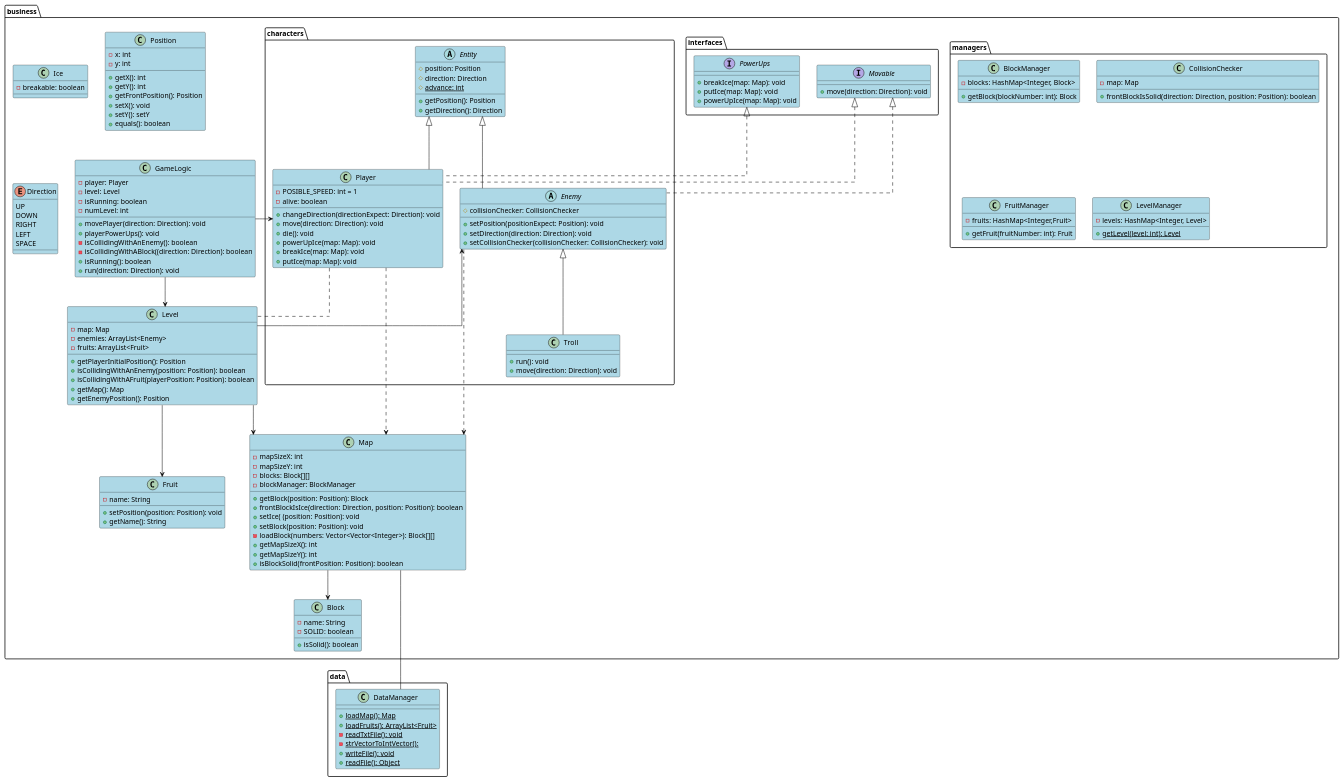
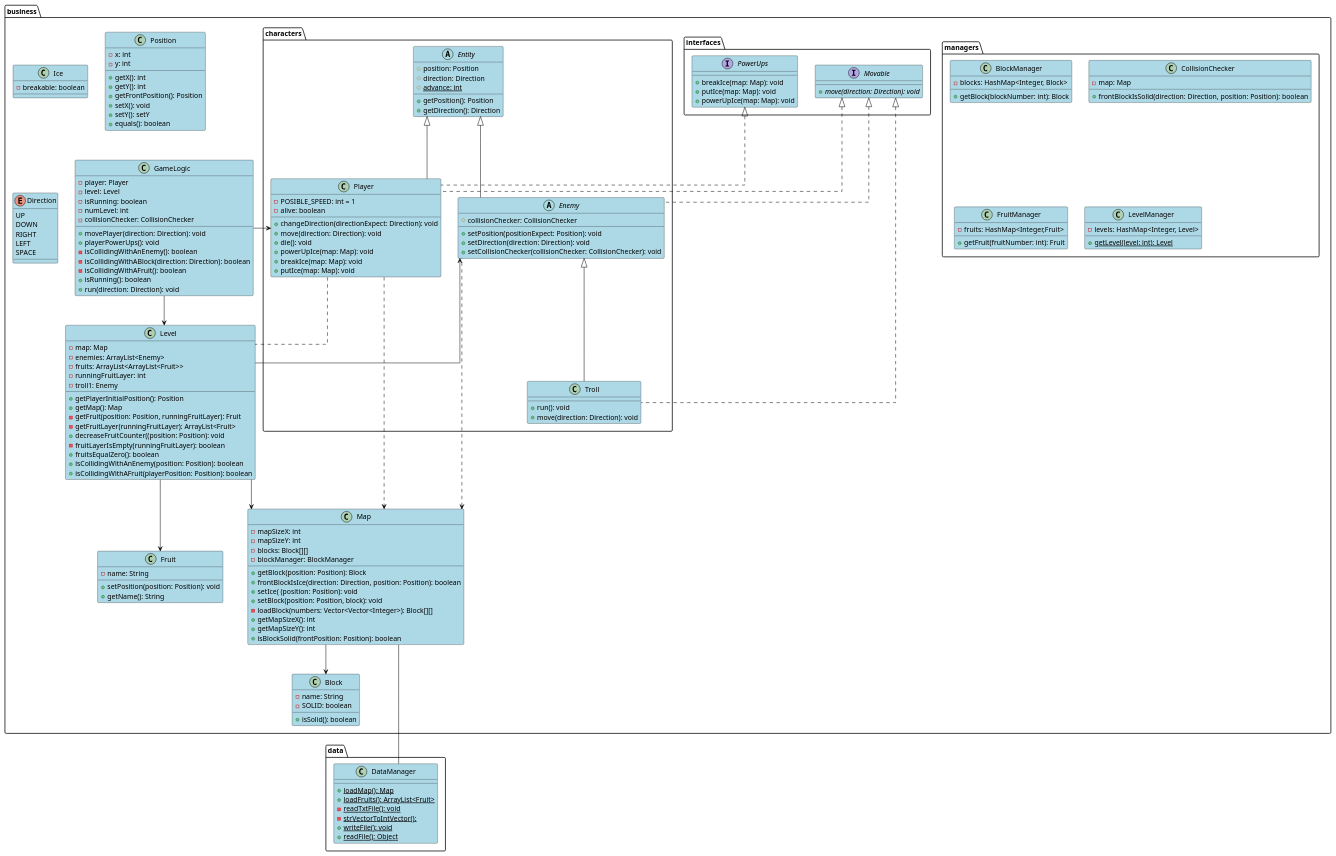
The diagram in diagrama.puml (ViKunn/ProyectoFinalProgramacion), drawn with PlantUML before and after one commit.

Commit message:
commit menus

```diff
--- a/diagrama.puml
+++ b/diagrama.puml
@@ -1,190 +1,199 @@
 @startuml
 
 
 /'Esto de aquí ignoren'/
 skinparam Linetype ortho
 skinparam class {
 BackgroundColor LightBlue
 ArrowColor Black
 BorderColor Black
 }
 
 package business {
     class GameLogic {
         -player: Player
         -level: Level
         -isRunning: boolean
         -numLevel: int
+        -collisionChecker: CollisionChecker
         +movePlayer(direction: Direction): void
         +playerPowerUps(): void
         -isCollidingWithAnEnemy(): boolean
-        -isCollidingWithABlock((direction: Direction): boolean
+        -isCollidingWithABlock(direction: Direction): boolean
+        -isCollidingWithAFruit(): boolean
         +isRunning(): boolean
         +run(direction: Direction): void
     }
 
     class Level {
         -map: Map
         -enemies: ArrayList<Enemy>
-        -fruits: ArrayList<Fruit>
+        -fruits: ArrayList<ArrayList<Fruit>>
+        -runningFruitLayer: int
+        -troll1: Enemy
         +getPlayerInitialPosition(): Position
+        +getMap(): Map
+        -getFruit(position: Position, runningFruitLayer): Fruit
+        -getFruitLayer(runningFruitLayer): ArrayList<Fruit>
+        +decreaseFruitCounter((position: Position): void
+        -fruitLayerIsEmpty(runningFruitLayer): boolean
+        +fruitsEqualZero(): boolean
         +isCollidingWithAnEnemy(position: Position): boolean
         +isCollidingWithAFruit(playerPosition: Position): boolean
-        +getMap(): Map
-        +getEnemyPosition(): Position
     }
 
     class Map {
     /'no se pone final'/
         -mapSizeX: int
         -mapSizeY: int
         -blocks: Block[][]
         -blockManager: BlockManager
         +getBlock(position: Position): Block
         +frontBlockIsIce(direction: Direction, position: Position): boolean
         +setIce( (position: Position): void
-        +setBlock(position: Position): void
+        +setBlock(position: Position, block): void
         -loadBlock(numbers: Vector<Vector<Integer>): Block[][]
         +getMapSizeX(): int
         +getMapSizeY(): int
         +isBlockSolid(frontPosition: Position): boolean
     }
 
     class Block {
         -name: String
         -SOLID: boolean
         +isSolid(): boolean
     }
 
     class Ice {
         -breakable: boolean
     }
 
     class Fruit {
         -name: String
         +setPosition(position: Position): void
         +getName(): String
     }
 
     class Position {
         -x: int
         -y: int
         +getX(): int
         +getY(): int
         +getFrontPosition(): Position
         +setX(): void
         +setY(): setY
         +equals(): boolean
     }
 
     enum Direction {
         UP
         DOWN
         RIGHT
         LEFT
         SPACE
     }
 
     package managers{
         class BlockManager{
             -blocks: HashMap<Integer, Block>
             +getBlock(blockNumber: int): Block
         }
 
         class CollisionChecker{
             -map: Map
             +frontBlockIsSolid(direction: Direction, position: Position): boolean
         }
 
         class FruitManager{
             -fruits: HashMap<Integer,Fruit>
             +getFruit(fruitNumber: int): Fruit
         }
 
         class LevelManager{
             -levels: HashMap<Integer, Level>
             +{static}getLevel(level: int): Level
         }
     }
 
     package interfaces{
         interface Movable{
-            +move(direction: Direction): void
+            +{abstract} move(direction: Direction): void
         }
         interface PowerUps{
             +breakIce(map: Map): void
             +putIce(map: Map): void
             +powerUpIce(map: Map): void
         }
     }
 
     package characters {
 
         abstract class Entity {
             #position: Position
             #direction: Direction
             #{static}advance: int
             +getPosition(): Position
             +getDirection(): Direction
         }
 
         class Player {
             -POSIBLE_SPEED: int = 1
             -alive: boolean
             +changeDirection(directionExpect: Direction): void
             +move(direction: Direction): void
             +die(): void
             +powerUpIce(map: Map): void
             +breakIce(map: Map): void
             +putIce(map: Map): void
         }
 
         abstract class Enemy{
             #collisionChecker: CollisionChecker
             +setPosition(positionExpect: Position): void
             +setDirection(direction: Direction): void
             +setCollisionChecker(collisionChecker: CollisionChecker): void
         }
 
         class Troll{
             +run(): void
             +move(direction: Direction): void
         }
     }
 }
 
 package data{
     class DataManager {
         +{static}loadMap(): Map
         +{static}loadFruits(): ArrayList<Fruit>
         -{static}readTxtFile(): void
         -{static}strVectorToIntVector():
         +{static}writeFile(): void
         +{static}readFile(): Object
     }
 }
 
 Player ... Level
 Player ...> Map
 Enemy  .l.> Map
 
 GameLogic --> Level
 GameLogic -> Player
 
 Level --> Map
 Level --> Enemy
 Level --> Fruit
 
 
 Map --> Block
 Map --- DataManager
 
 Entity <|-- Player
 Entity <|-- Enemy
 Enemy <|-- Troll
 
 Movable <|.. Enemy
 Movable <|.. Player
 PowerUps <|.. Player
+Movable <|.. Troll
 
 @enduml
```
